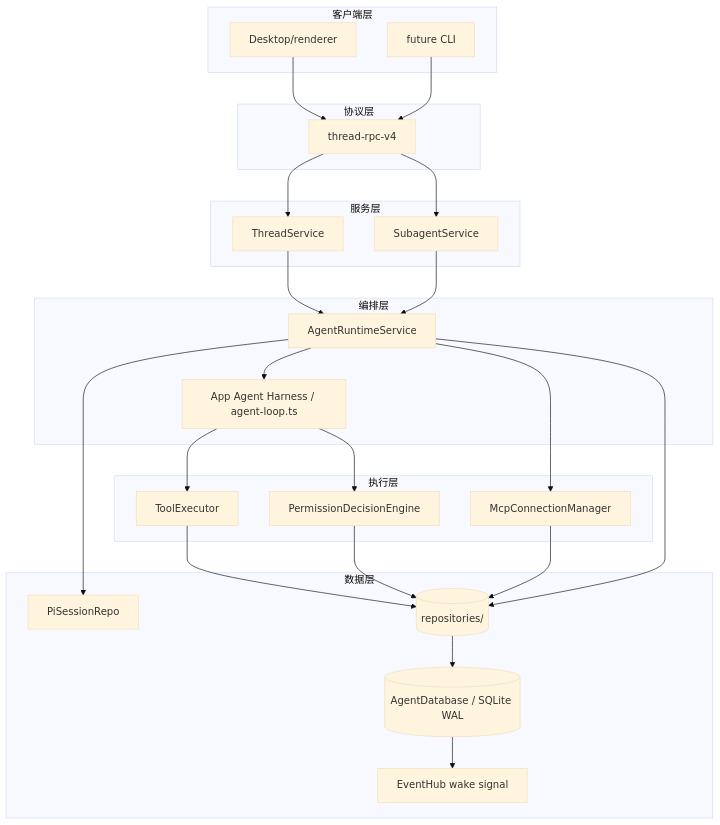
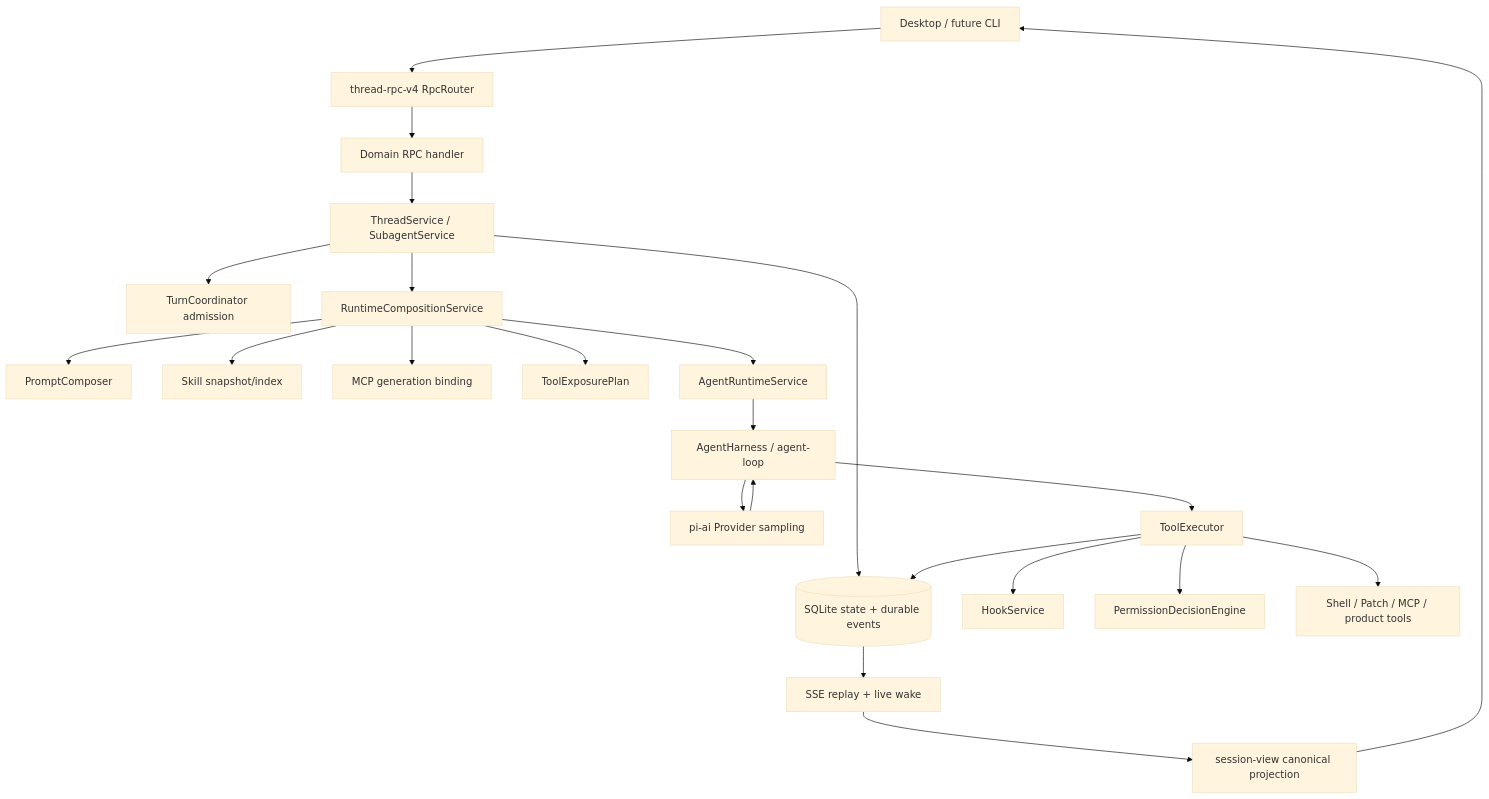
Before and after one commit to codepilotx-dev/CodePilotX: the diagram in docs/research/codex-harness-agent-optimization-report.md, drawn with Mermaid (base theme). The commit also changed other lines of this file and 1 other file, not shown here.

Commit message:
docs(agent)：重写 Harness 对标与优化报告

````diff
--- a/docs/research/codex-harness-agent-optimization-report.md
+++ b/docs/research/codex-harness-agent-optimization-report.md
@@ -130,49 +74,25 @@
 ```mermaid
-graph TB
-    subgraph "客户端层"
-        D[Desktop/renderer]
-        CLI[future CLI]
-    end
-
-    subgraph "协议层"
-        RPC[thread-rpc-v4]
-    end
-
-    subgraph "服务层"
-        TS[ThreadService]
-        SAS[SubagentService]
-    end
-
-    subgraph "编排层"
-        RT[AgentRuntimeService]
-        CORE[App Agent Harness / agent-loop.ts]
-    end
-
-    subgraph "执行层"
-        TED[ToolExecutor]
-        PDE[PermissionDecisionEngine]
-        MCPM[McpConnectionManager]
-    end
-
-    subgraph "数据层"
-        DB[(AgentDatabase / SQLite WAL)]
-        EVT[EventHub wake signal]
-        PRC[PiSessionRepo]
-        REP[(repositories/)]
-    end
-
-    D & CLI --> RPC
-    RPC --> TS
-    RPC --> SAS
-    TS & SAS --> RT
-    RT --> CORE
-    CORE --> TED
-    CORE --> PDE
-    RT --> MCPM
-    TED & PDE --> REP
-    MCPM --> REP
-    RT --> PRC
-    RT --> REP
-    REP --> DB
-    DB --> EVT
+flowchart TD
+    Client[Desktop / future CLI] --> RPC[thread-rpc-v4 RpcRouter]
+    RPC --> Handler[Domain RPC handler]
+    Handler --> TS[ThreadService / SubagentService]
+    TS --> TC[TurnCoordinator admission]
+    TS --> DB[(SQLite state + durable events)]
+    TS --> RC[RuntimeCompositionService]
+    RC --> PC[PromptComposer]
+    RC --> Skill[Skill snapshot/index]
+    RC --> MCP[MCP generation binding]
+    RC --> EXP[ToolExposurePlan]
+    RC --> AR[AgentRuntimeService]
+    AR --> Harness[AgentHarness / agent-loop]
+    Harness --> PI[pi-ai Provider sampling]
+    Harness --> TE[ToolExecutor]
+    TE --> Hook[HookService]
+    TE --> PDE[PermissionDecisionEngine]
+    TE --> Host[Shell / Patch / MCP / product tools]
+    TE --> DB
+    PI --> Harness
+    DB --> SSE[SSE replay + live wake]
+    SSE --> View[session-view canonical projection]
+    View --> Client
 ```
````
